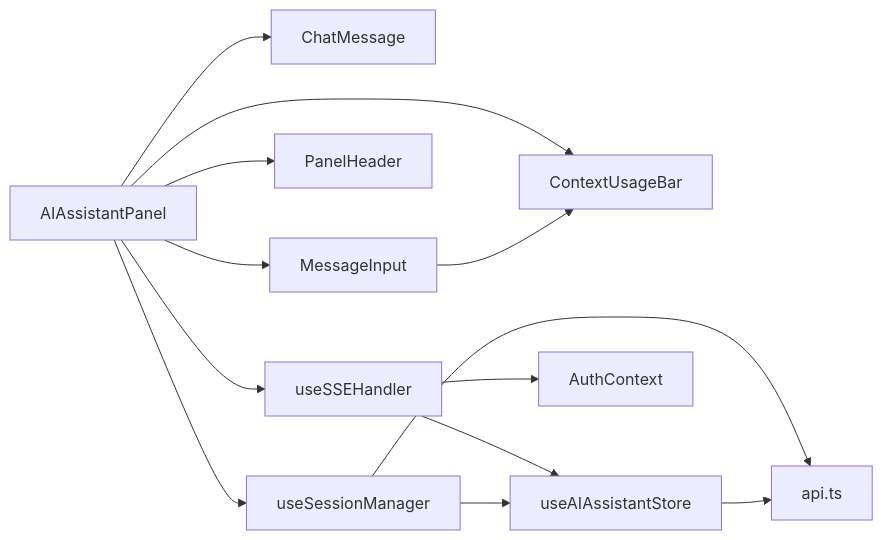
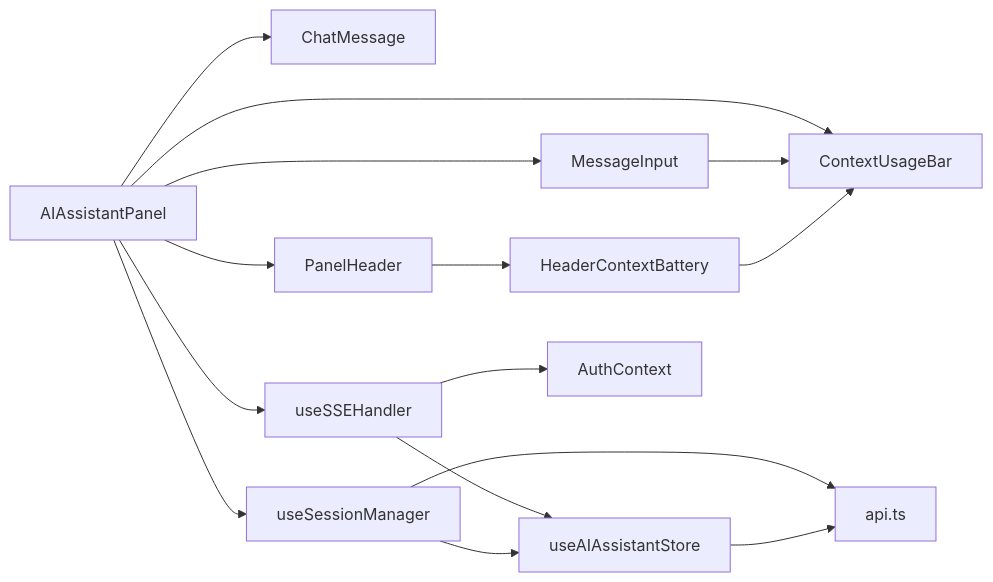
Before and after one commit to KunLabAI/KunFlix: diagram 12 of 12 in .qoder/repowiki/zh/content/前端应用架构/UI组件库/画布组件系统/AI助手面板.md, drawn with Mermaid. The commit also changed other lines of this file and 9 other files, not shown here.

````diff
--- a/.qoder/repowiki/zh/content/前端应用架构/UI组件库/画布组件系统/AI助手面板.md
+++ b/.qoder/repowiki/zh/content/前端应用架构/UI组件库/画布组件系统/AI助手面板.md
@@ -480,15 +534,17 @@
 ```mermaid
 graph LR
 AIP["AIAssistantPanel"] --> CHAT["ChatMessage"]
 AIP --> INPUT["MessageInput"]
 AIP --> HDR["PanelHeader"]
 AIP --> SSE["useSSEHandler"]
 AIP --> SESS["useSessionManager"]
 AIP --> CONTEXT["ContextUsageBar"]
+HDR --> HEADERCTX["HeaderContextBattery"]
 SSE --> STORE["useAIAssistantStore"]
 SESS --> STORE
 SESS --> API["api.ts"]
 SSE --> AUTH["AuthContext"]
 STORE --> API
 INPUT --> CONTEXT
+HEADERCTX --> CONTEXT
 ```
````
